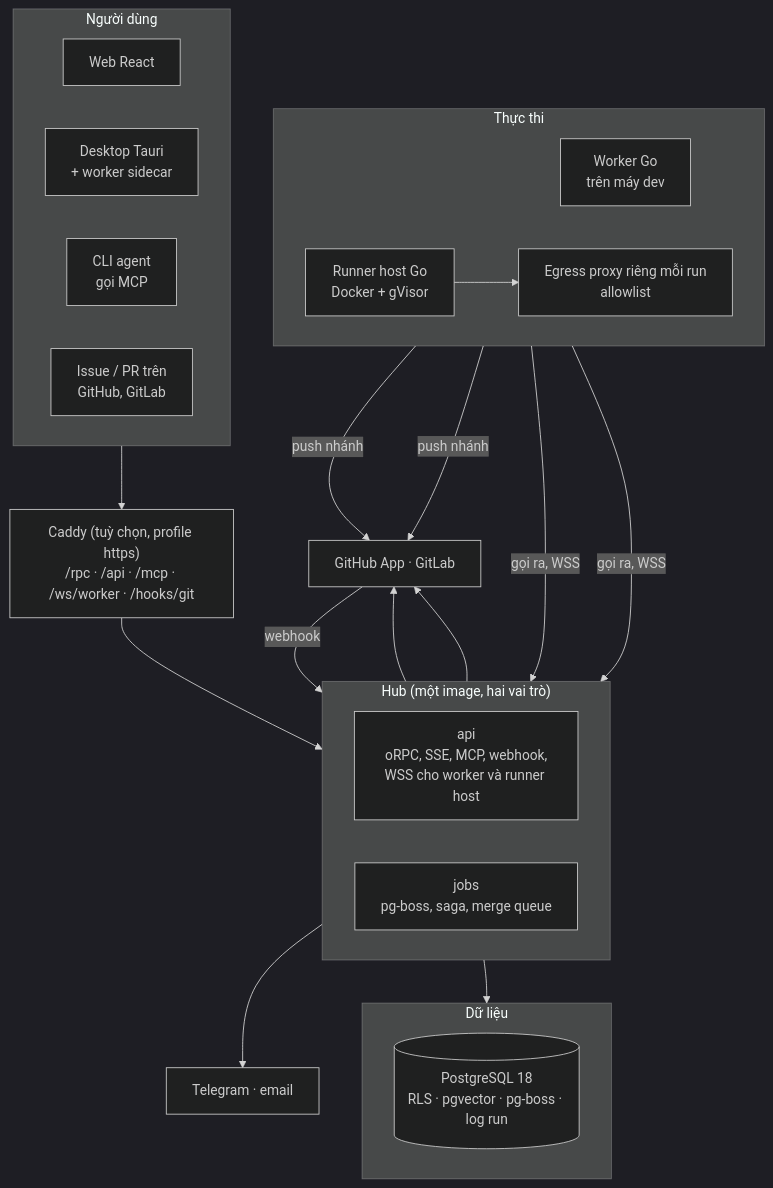
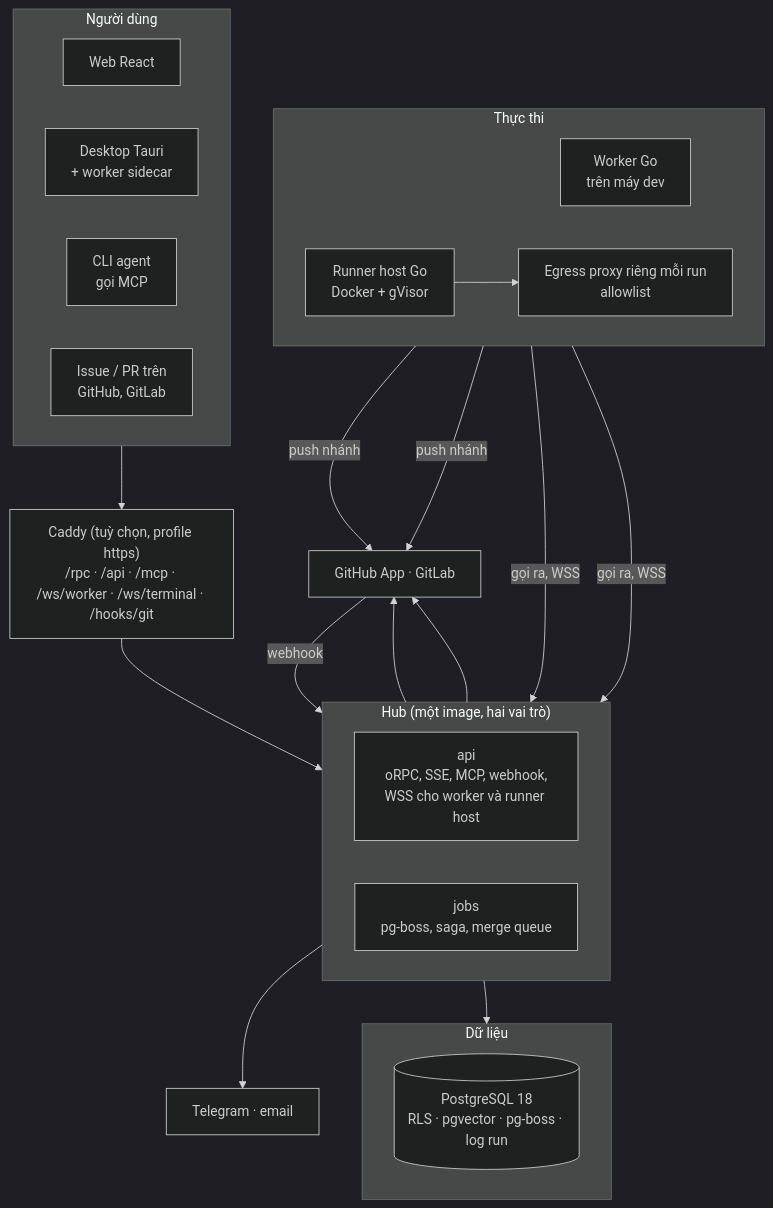
One commit to tdduydev/xdev-hive changed the first of 4 diagrams in docs/architecture.md. Above: the diagram before and after it, drawn with Mermaid (dark theme). The commit also changed other lines of this file and 4 other files, not shown here.

````diff
--- a/docs/architecture.md
+++ b/docs/architecture.md
@@ -22,39 +22,39 @@
 ```mermaid
 flowchart TB
   subgraph C["Người dùng"]
     direction LR
     WEB["Web React"]
     DESK["Desktop Tauri<br/>+ worker sidecar"]
     CLIAG["CLI agent<br/>gọi MCP"]
     GITU["Issue / PR trên<br/>GitHub, GitLab"]
   end
-  EDGE["Caddy (tuỳ chọn, profile https)<br/>/rpc · /api · /mcp · /ws/worker · /hooks/git"]
+  EDGE["Caddy (tuỳ chọn, profile https)<br/>/rpc · /api · /mcp · /ws/worker · /ws/terminal · /hooks/git"]
   subgraph HUB["Hub (một image, hai vai trò)"]
     direction LR
     API["api<br/>oRPC, SSE, MCP, webhook,<br/>WSS cho worker và runner host"]
     JOBS["jobs<br/>pg-boss, saga, merge queue"]
   end
   subgraph DATA["Dữ liệu"]
     PG[("PostgreSQL 18<br/>RLS · pgvector · pg-boss · log run")]
   end
   subgraph EXEC["Thực thi"]
     direction LR
     WK["Worker Go<br/>trên máy dev"]
     RH["Runner host Go<br/>Docker + gVisor"]
     EGP["Egress proxy riêng mỗi run<br/>allowlist"]
   end
   SCM["GitHub App · GitLab"]
   NOTI["Telegram · email"]
 
   C --> EDGE --> HUB
   HUB --> DATA
   WK -->|"gọi ra, WSS"| API
   RH -->|"gọi ra, WSS"| API
   RH --> EGP
   API --> SCM
   JOBS --> SCM
   SCM -->|"webhook"| API
   JOBS --> NOTI
   WK -->|"push nhánh"| SCM
   RH -->|"push nhánh"| SCM
 ```
````
